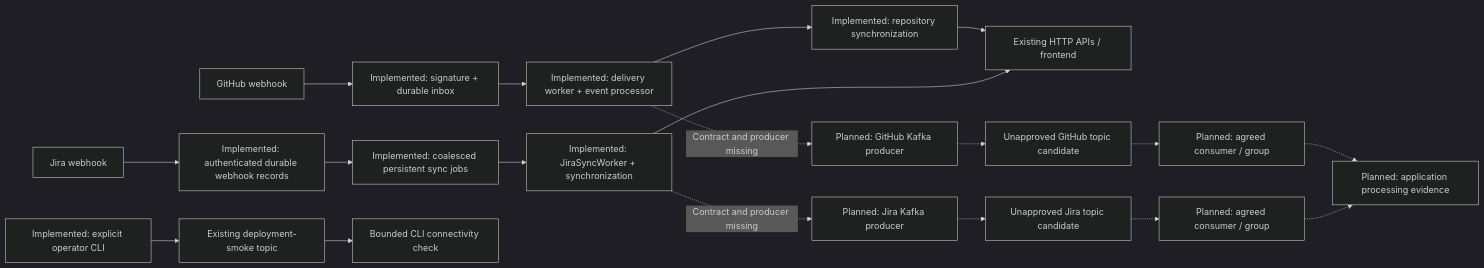
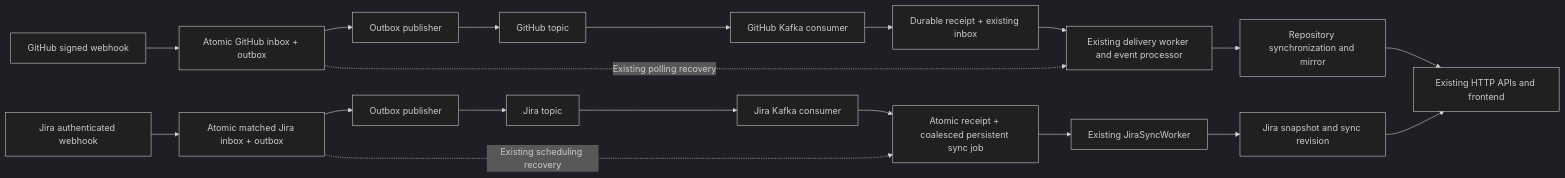
One commit to Nimsara-Jayarathna/researchtrack-backend changed the diagram in docs/devops/azure-production/KAFKA_TOPICS_EVENT_FLOWS.md. Above: the diagram before and after it, drawn with Mermaid (dark theme). The commit also changed other lines of this file and 24 other files, not shown here.

````diff
--- a/docs/devops/azure-production/KAFKA_TOPICS_EVENT_FLOWS.md
+++ b/docs/devops/azure-production/KAFKA_TOPICS_EVENT_FLOWS.md
@@ -14,21 +11,21 @@
 ```mermaid
 flowchart LR
-  GH[GitHub webhook] --> GI[Implemented: signature + durable inbox]
-  GI --> GW[Implemented: delivery worker + event processor]
-  GW --> GS[Implemented: repository synchronization]
-  JH[Jira webhook] --> JI[Implemented: authenticated durable webhook records]
-  JI --> JJ[Implemented: coalesced persistent sync jobs]
-  JJ --> JW[Implemented: JiraSyncWorker + synchronization]
-  GS --> API[Existing HTTP APIs / frontend]
-  JW --> API
-  GW -. Contract and producer missing .-> GP[Planned: GitHub Kafka producer]
-  JW -. Contract and producer missing .-> JP[Planned: Jira Kafka producer]
-  GP -.-> GT[Unapproved GitHub topic candidate]
-  JP -.-> JT[Unapproved Jira topic candidate]
-  GT -.-> GC[Planned: agreed consumer / group]
-  JT -.-> JC[Planned: agreed consumer / group]
-  GC -.-> RESULT[Planned: application processing evidence]
-  JC -.-> RESULT
-  OPS[Implemented: explicit operator CLI] --> SM[Existing deployment-smoke topic]
-  SM --> CHECK[Bounded CLI connectivity check]
+  GH[GitHub signed webhook] --> GI[Atomic GitHub inbox + outbox]
+  GI --> GP[Outbox publisher]
+  GP --> GT[GitHub topic]
+  GT --> GC[GitHub Kafka consumer]
+  GC --> GR[Durable receipt + existing inbox]
+  GR --> GW[Existing delivery worker and event processor]
+  GW --> GS[Repository synchronization and mirror]
+  JH[Jira authenticated webhook] --> JI[Atomic matched Jira inbox + outbox]
+  JI --> JP[Outbox publisher]
+  JP --> JT[Jira topic]
+  JT --> JC[Jira Kafka consumer]
+  JC --> JR[Atomic receipt + coalesced persistent sync job]
+  JR --> JW[Existing JiraSyncWorker]
+  JW --> JS[Jira snapshot and sync revision]
+  GI -. Existing polling recovery .-> GW
+  JI -. Existing scheduling recovery .-> JR
+  GS --> API[Existing HTTP APIs and frontend]
+  JS --> API
 ```
````
